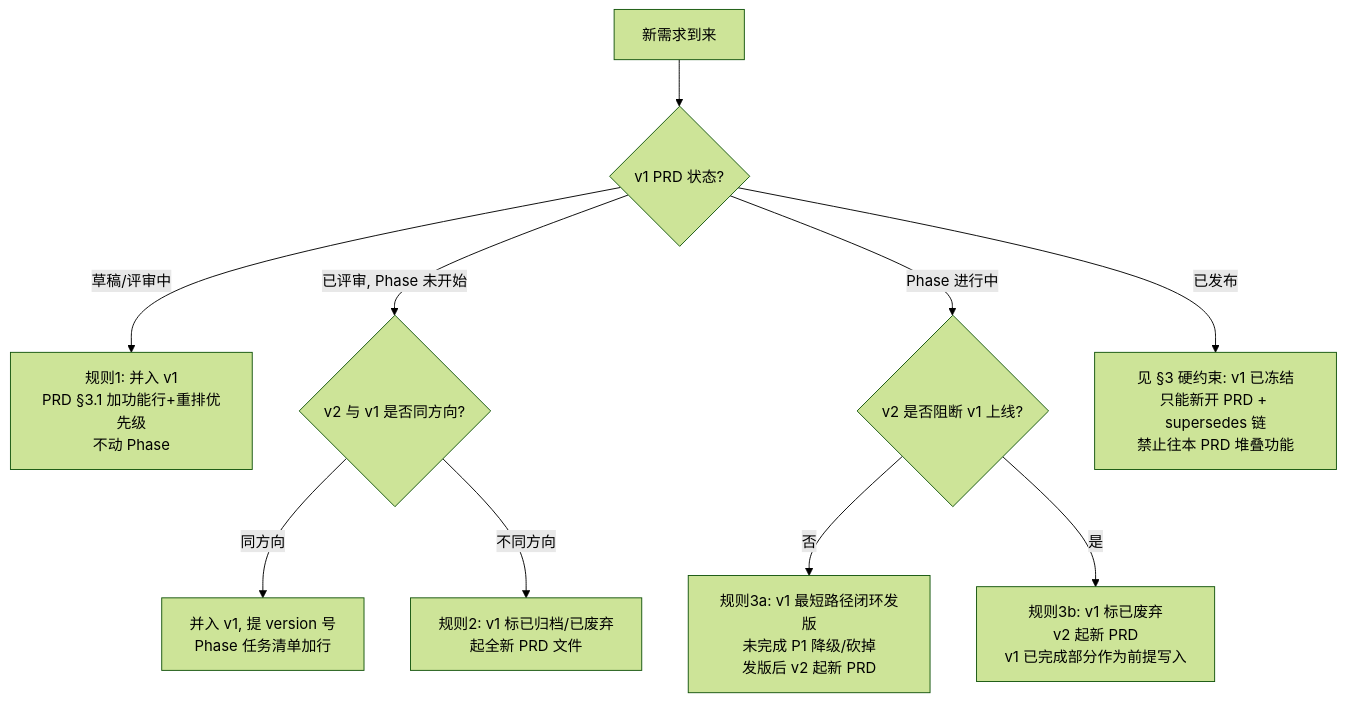
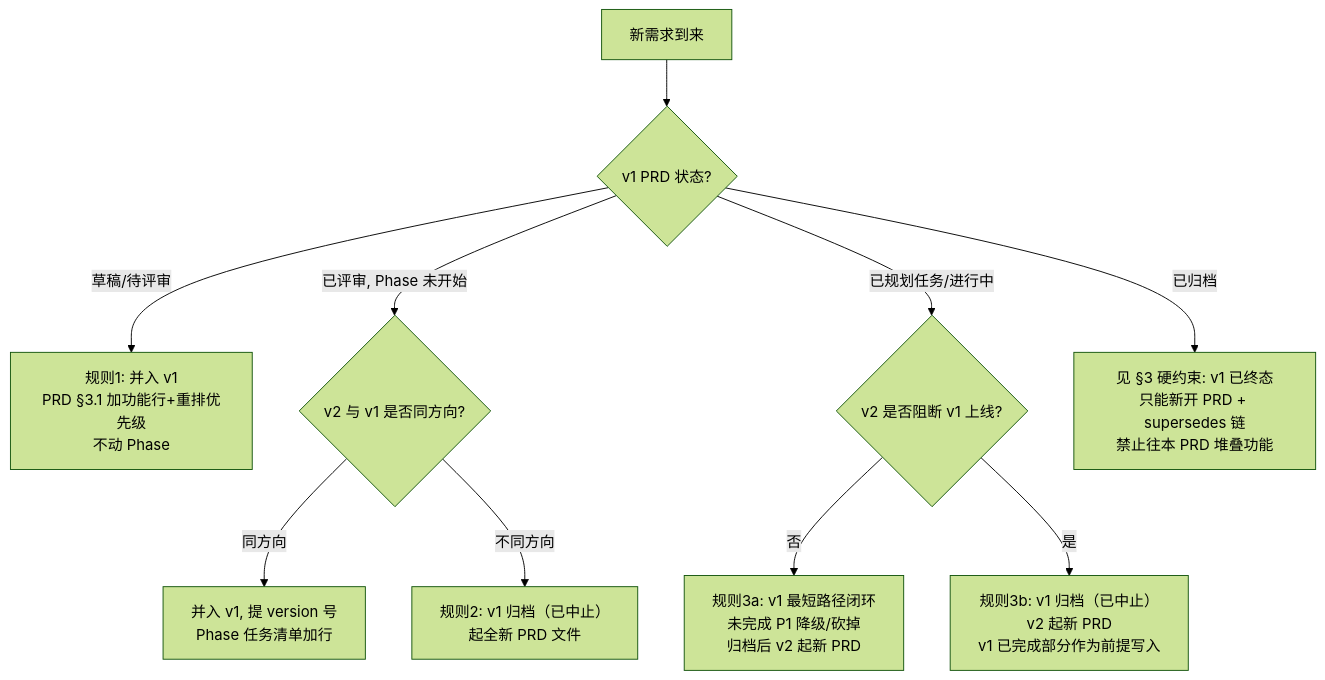
One commit to Norman-pong/sdd-pack changed the diagram in plugins/sdd-pack/rules/prd-change-management.md. Above: the diagram before and after it, drawn with Mermaid (forest theme). The commit also changed other lines of this file and 16 other files, not shown here.

````diff
--- a/plugins/sdd-pack/rules/prd-change-management.md
+++ b/plugins/sdd-pack/rules/prd-change-management.md
@@ -26,12 +26,12 @@
 ```mermaid
 graph TD
     START[新需求到来] --> Q1{v1 PRD 状态?}
-    Q1 -->|草稿/评审中| R1[规则1: 并入 v1<br/>PRD §3.1 加功能行+重排优先级<br/>不动 Phase]
+    Q1 -->|草稿/待评审| R1[规则1: 并入 v1<br/>PRD §3.1 加功能行+重排优先级<br/>不动 Phase]
     Q1 -->|已评审, Phase 未开始| Q2{v2 与 v1 是否同方向?}
     Q2 -->|同方向| R2A[并入 v1, 提 version 号<br/>Phase 任务清单加行]
-    Q2 -->|不同方向| R2B[规则2: v1 标已归档/已废弃<br/>起全新 PRD 文件]
-    Q1 -->|Phase 进行中| Q3{v2 是否阻断 v1 上线?}
-    Q3 -->|否| R3A[规则3a: v1 最短路径闭环发版<br/>未完成 P1 降级/砍掉<br/>发版后 v2 起新 PRD]
-    Q3 -->|是| R3B[规则3b: v1 标已废弃<br/>v2 起新 PRD<br/>v1 已完成部分作为前提写入]
-    Q1 -->|已发布| R4[见 §3 硬约束: v1 已冻结<br/>只能新开 PRD + supersedes 链<br/>禁止往本 PRD 堆叠功能]
+    Q2 -->|不同方向| R2B[规则2: v1 归档（已中止）<br/>起全新 PRD 文件]
+    Q1 -->|已规划任务/进行中| Q3{v2 是否阻断 v1 上线?}
+    Q3 -->|否| R3A[规则3a: v1 最短路径闭环<br/>未完成 P1 降级/砍掉<br/>归档后 v2 起新 PRD]
+    Q3 -->|是| R3B[规则3b: v1 归档（已中止）<br/>v2 起新 PRD<br/>v1 已完成部分作为前提写入]
+    Q1 -->|已归档| R4[见 §3 硬约束: v1 已终态<br/>只能新开 PRD + supersedes 链<br/>禁止往本 PRD 堆叠功能]
 ```
````
